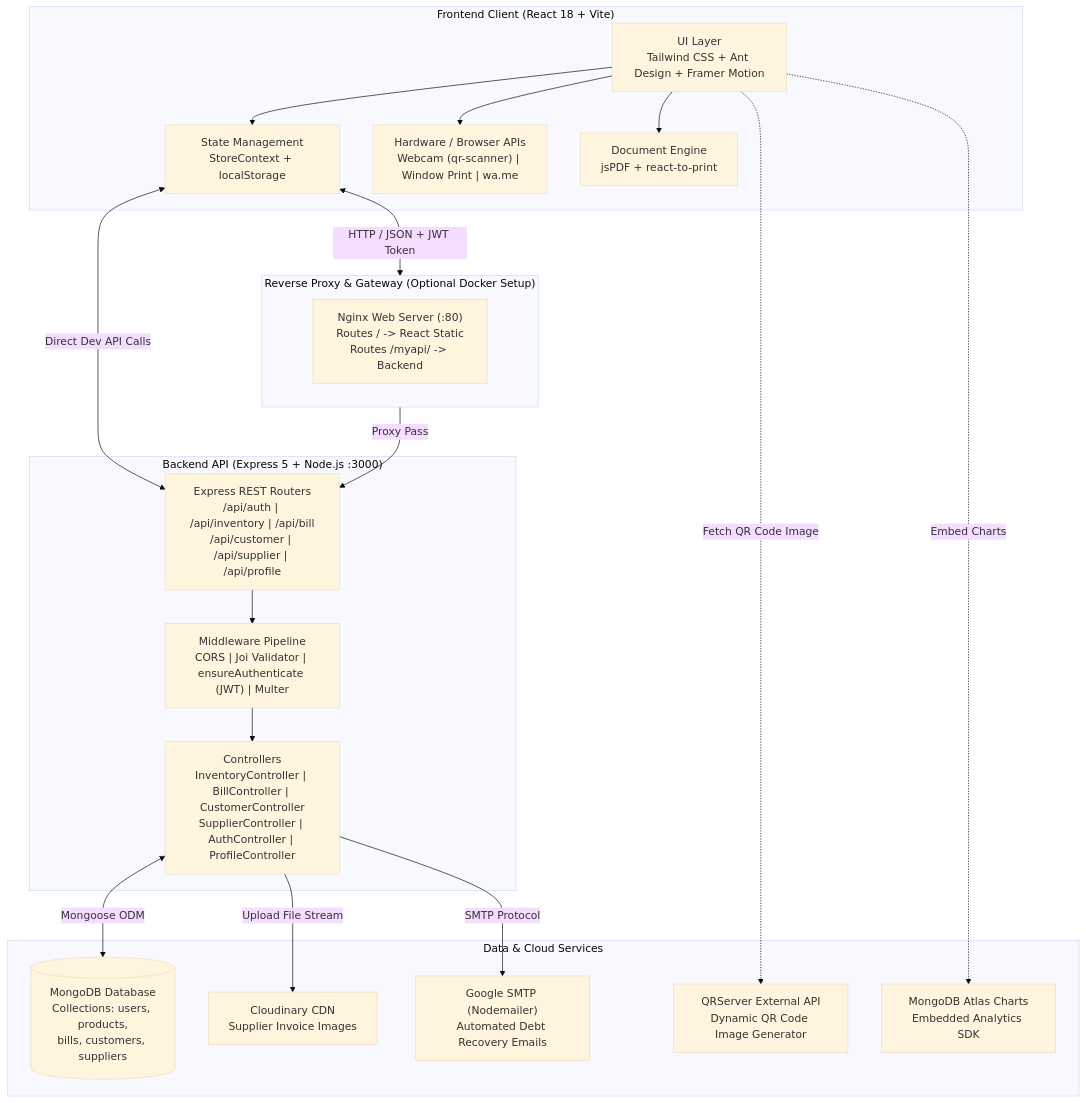
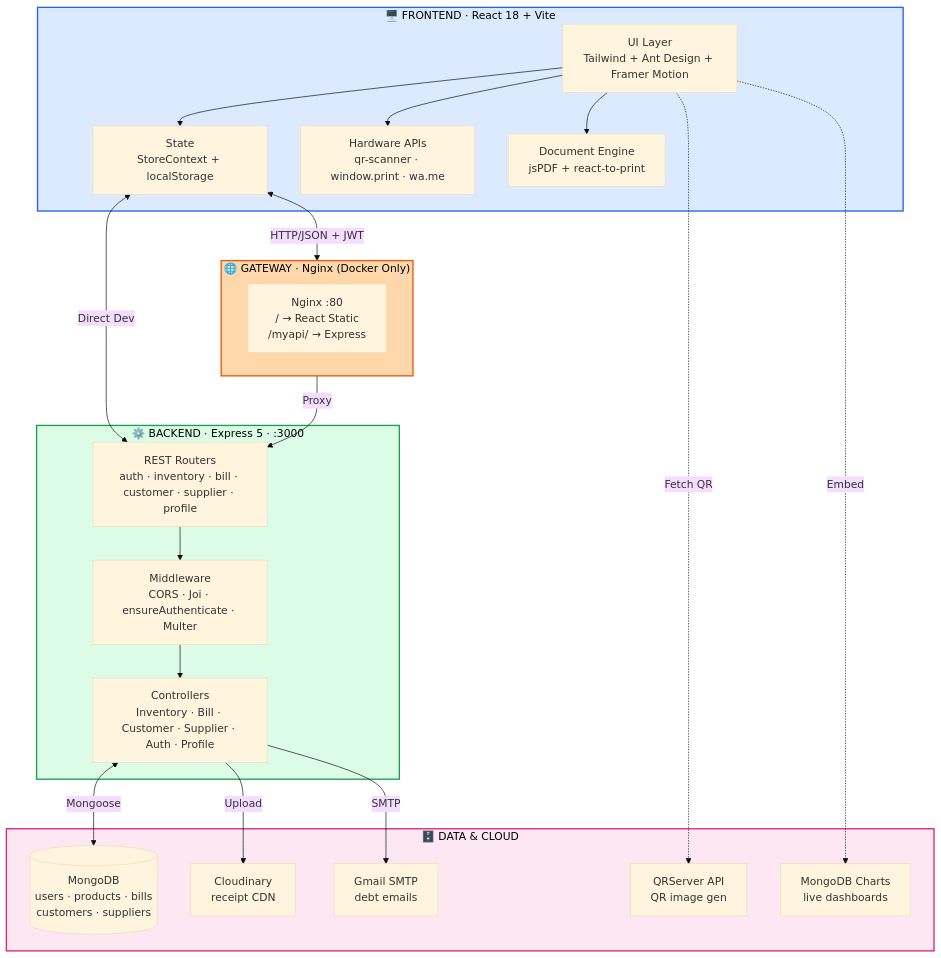
One commit to yash-shende99/ShopManager-Smart-Inventory-Management-App changed the first of 2 diagrams in readme.md. Above: the diagram before and after it, drawn with Mermaid (base theme). The commit also changed other lines of this file, not shown here.

````diff
--- a/readme.md
+++ b/readme.md
@@ -174,42 +429,46 @@
 ```mermaid
 flowchart TD
-    subgraph Client["Frontend Client (React 18 + Vite)"]
-        UI["UI Layer\nTailwind CSS + Ant Design + Framer Motion"]
-        State["State Management\nStoreContext + localStorage"]
-        Hardware["Hardware / Browser APIs\nWebcam (qr-scanner) | Window Print | wa.me"]
-        ExportEngine["Document Engine\njsPDF + react-to-print"]
+    subgraph Client["🖥️ FRONTEND · React 18 + Vite"]
+        UI["UI Layer<br/>Tailwind + Ant Design + Framer Motion"]
+        State["State<br/>StoreContext + localStorage"]
+        Hardware["Hardware APIs<br/>qr-scanner · window.print · wa.me"]
+        Export["Document Engine<br/>jsPDF + react-to-print"]
     end
 
-    subgraph Gateway["Reverse Proxy & Gateway (Optional Docker Setup)"]
-        Nginx["Nginx Web Server (:80)\nRoutes / -> React Static\nRoutes /myapi/ -> Backend"]
+    subgraph Gateway["🌐 GATEWAY · Nginx (Docker Only)"]
+        Nginx["Nginx :80<br/>/ → React Static<br/>/myapi/ → Express"]
     end
 
-    subgraph Server["Backend API (Express 5 + Node.js :3000)"]
-        Router["Express REST Routers\n/api/auth | /api/inventory | /api/bill\n/api/customer | /api/supplier | /api/profile"]
-        Middleware["Middleware Pipeline\nCORS | Joi Validator | ensureAuthenticate (JWT) | Multer"]
-        Controllers["Controllers\nInventoryController | BillController | CustomerController\nSupplierController | AuthController | ProfileController"]
+    subgraph Server["⚙️ BACKEND · Express 5 · :3000"]
+        Router["REST Routers<br/>auth · inventory · bill · customer · supplier · profile"]
+        MW["Middleware<br/>CORS · Joi · ensureAuthenticate · Multer"]
+        Controllers["Controllers<br/>Inventory · Bill · Customer · Supplier · Auth · Profile"]
     end
 
-    subgraph Data["Data & Cloud Services"]
-        MongoDB[("MongoDB Database\nCollections: users, products,\nbills, customers, suppliers")]
-        Cloudinary["Cloudinary CDN\nSupplier Invoice Images"]
-        Gmail["Google SMTP (Nodemailer)\nAutomated Debt Recovery Emails"]
-        QRServer["QRServer External API\nDynamic QR Code Image Generator"]
-        MongoCharts["MongoDB Atlas Charts\nEmbedded Analytics SDK"]
+    subgraph Data["🗄️ DATA & CLOUD"]
+        MongoDB[("MongoDB<br/>users · products · bills<br/>customers · suppliers")]
+        Cloudinary["Cloudinary<br/>receipt CDN"]
+        Gmail["Gmail SMTP<br/>debt emails"]
+        QRServer["QRServer API<br/>QR image gen"]
+        Charts["MongoDB Charts<br/>live dashboards"]
     end
 
     UI --> Hardware
-    UI --> ExportEngine
+    UI --> Export
     UI --> State
-    State <-->|HTTP / JSON + JWT Token| Gateway
-    Gateway -->|Proxy Pass| Router
-    State <-->|Direct Dev API Calls| Router
+    State <-->|"HTTP/JSON + JWT"| Gateway
+    Gateway -->|"Proxy"| Router
+    State <-->|"Direct Dev"| Router
+    Router --> MW
+    MW --> Controllers
+    Controllers <-->|"Mongoose"| MongoDB
+    Controllers -->|"Upload"| Cloudinary
+    Controllers -->|"SMTP"| Gmail
+    UI -.->|"Fetch QR"| QRServer
+    UI -.->|"Embed"| Charts
 
-    Router --> Middleware
-    Middleware --> Controllers
-    Controllers <-->|Mongoose ODM| MongoDB
-    Controllers -->|Upload File Stream| Cloudinary
-    Controllers -->|SMTP Protocol| Gmail
-    UI -.->|Embed Charts| MongoCharts
-    UI -.->|Fetch QR Code Image| QRServer
+    style Client fill:#dbeafe,stroke:#2563eb,stroke-width:2px,color:#000
+    style Gateway fill:#fed7aa,stroke:#ea580c,stroke-width:2px,color:#000
+    style Server fill:#dcfce7,stroke:#16a34a,stroke-width:2px,color:#000
+    style Data fill:#fce7f3,stroke:#db2777,stroke-width:2px,color:#000
 ```
````
